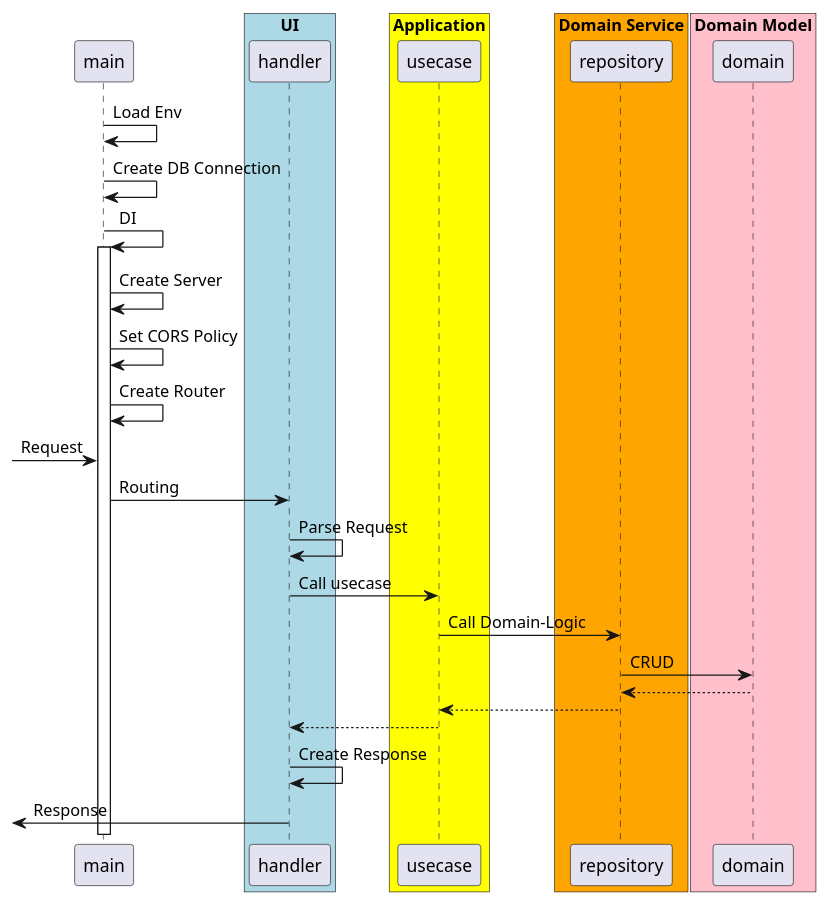
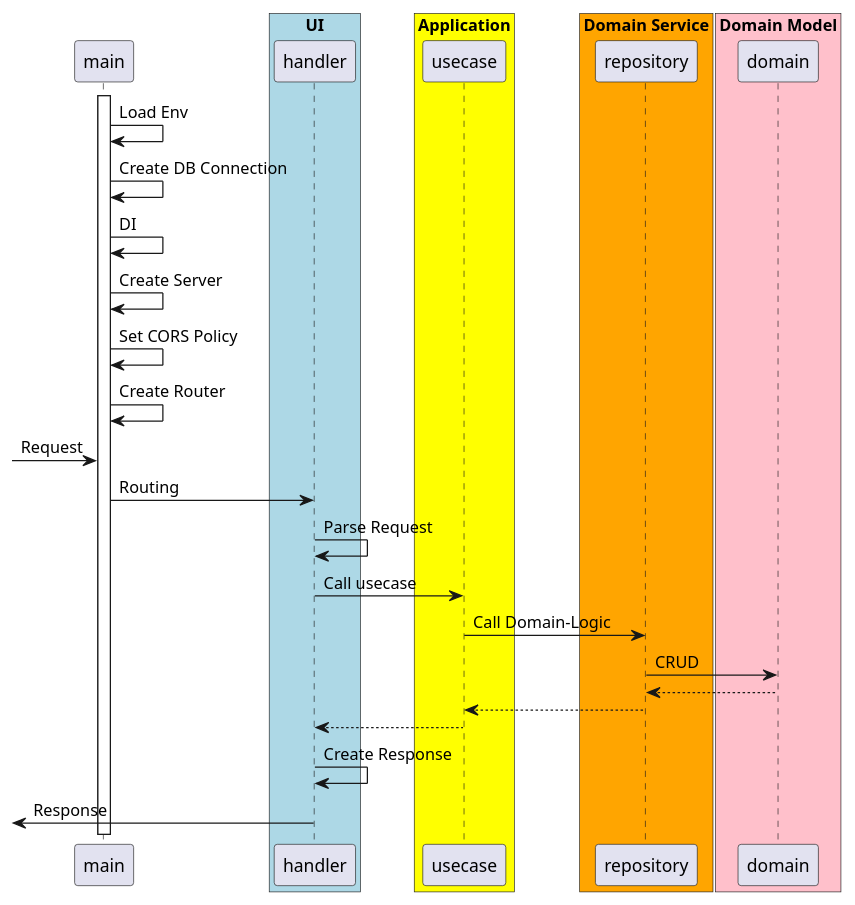
The first of 2 diagrams in docs/sequence.pu (oshou/AwesomeMusic-api), drawn with PlantUML before and after one commit. The commit also changed other lines of this file and 3 other files, not shown here.

```diff
--- a/docs/sequence.pu
+++ b/docs/sequence.pu
@@ -2,33 +2,33 @@
 @startuml
 participant main
 box "UI" #LightBlue
   participant handler
 end box
 box "Application" #Yellow
   participant usecase
 end box
 box "Domain Service" #Orange
   participant repository
 end box
 box "Domain Model" #Pink
   participant domain
 
+activate main
 main -> main: Load Env
 main -> main: Create DB Connection
 main -> main: DI
-activate main
 main -> main: Create Server
 main -> main: Set CORS Policy
 main -> main: Create Router
 [-> main : Request
 main -> handler: Routing
 handler -> handler: Parse Request
 handler -> usecase: Call usecase
 usecase -> repository: Call Domain-Logic
 repository -> domain: CRUD
 repository <-- domain:
 usecase <-- repository:
 handler <-- usecase:
 handler -> handler: Create Response
 [<- handler: Response
 @enduml
```
